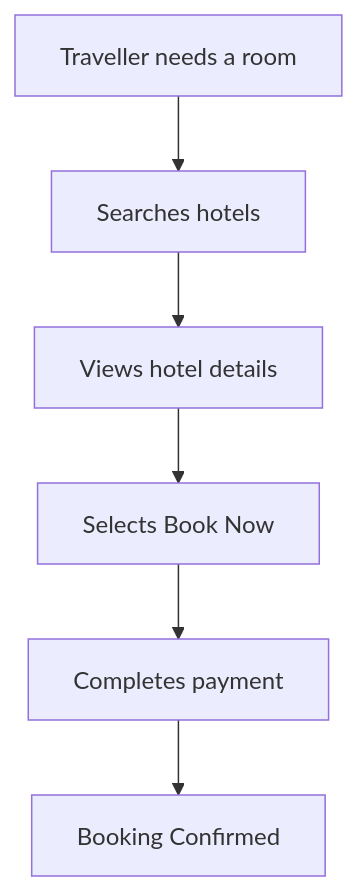
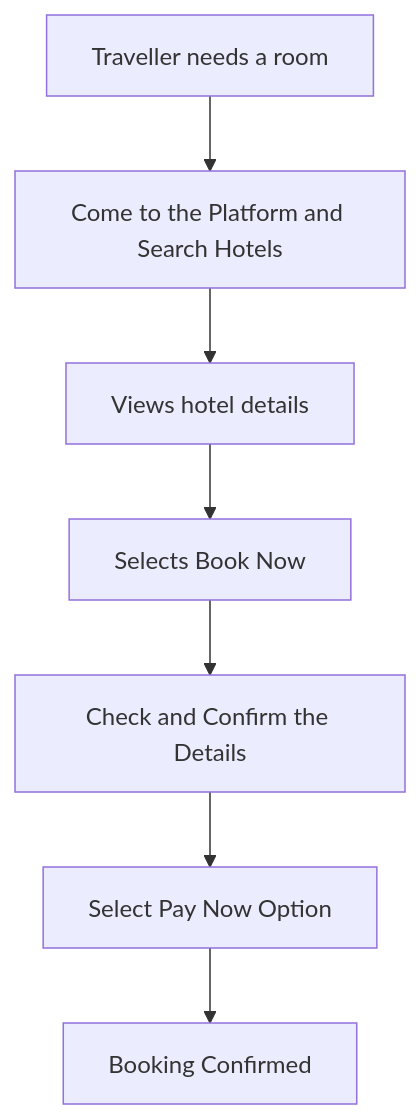
Before and after one commit to Khush-GKMIT/Hotel-Management-System-Docs: the first of 2 diagrams in docs/business-cases.md, drawn with Mermaid. The commit also changed other lines of this file and 13 other files, not shown here.

````diff
--- a/docs/business-cases.md
+++ b/docs/business-cases.md
@@ -15,8 +12,9 @@
 ```mermaid
 flowchart TD
-    A[Traveller needs a room] --> B[Searches hotels]
+    A[Traveller needs a room] --> B[Come to the Platform and Search Hotels]
     B --> C[Views hotel details]
     C --> D[Selects Book Now]
-    D --> E[Completes payment]
-    E --> F[Booking Confirmed]
+    D --> E[Check and Confirm the Details]
+    E --> F[Select Pay Now Option]
+    F --> G[Booking Confirmed]
 ```
````
